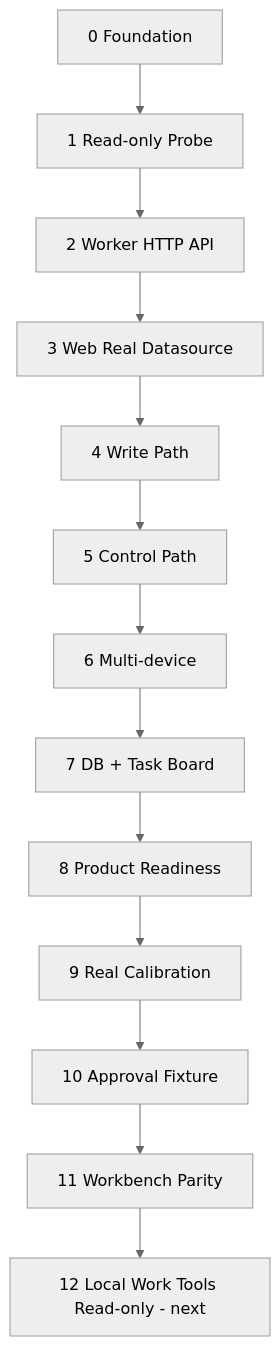
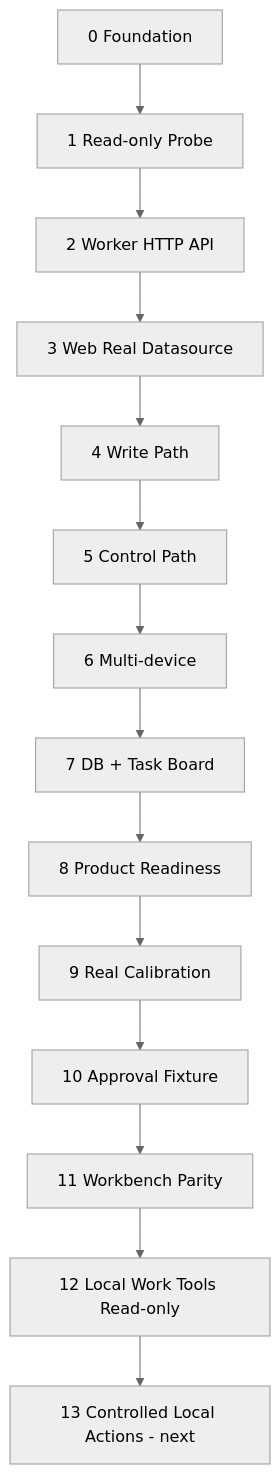
Before and after one commit to VintLin/codex-remote: the second of 2 diagrams in PLAN.md, drawn with Mermaid (neutral theme). The commit also changed other lines of this file and 16 other files, not shown here.

````diff
--- a/PLAN.md
+++ b/PLAN.md
@@ -62,18 +63,19 @@
 ```mermaid
 flowchart TB
   P0["0 Foundation"]
   P1["1 Read-only Probe"]
   P2["2 Worker HTTP API"]
   P3["3 Web Real Datasource"]
   P4["4 Write Path"]
   P5["5 Control Path"]
   P6["6 Multi-device"]
   P7["7 DB + Task Board"]
   P8["8 Product Readiness"]
   P9["9 Real Calibration"]
   P10["10 Approval Fixture"]
   P11["11 Workbench Parity"]
-  P12["12 Local Work Tools Read-only - next"]
+  P12["12 Local Work Tools Read-only"]
+  P13["13 Controlled Local Actions - next"]
 
-  P0 --> P1 --> P2 --> P3 --> P4 --> P5 --> P6 --> P7 --> P8 --> P9 --> P10 --> P11 --> P12
+  P0 --> P1 --> P2 --> P3 --> P4 --> P5 --> P6 --> P7 --> P8 --> P9 --> P10 --> P11 --> P12 --> P13
 ```
````
